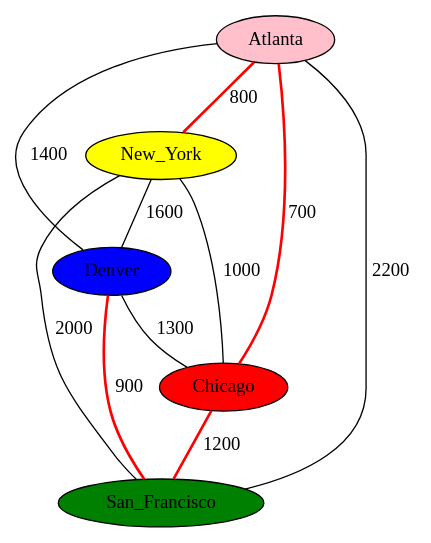
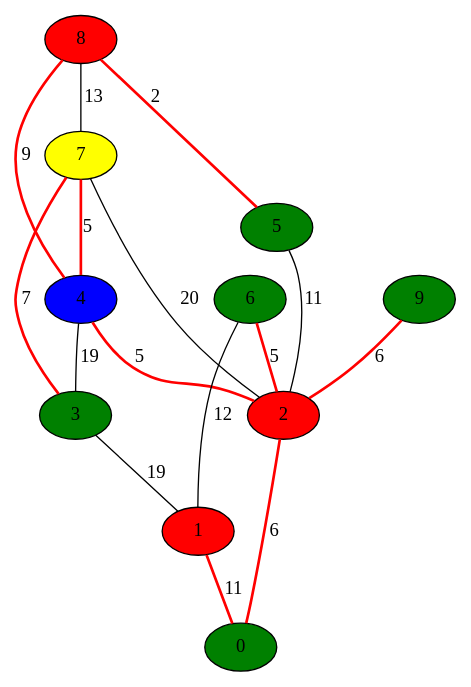
One commit to quanganhquanganh/Discrete-Maths-Graph-Library changed the diagram in files/prim.dot. Above: the diagram before and after it, drawn with Graphviz. The commit also changed 23 other files, not shown here.

```diff
--- a/files/prim.dot
+++ b/files/prim.dot
@@ -1,17 +1,27 @@
 digraph G {
-San_Francisco [fillcolor=green, style=filled];
-Chicago [fillcolor=red, style=filled];
-Chicago -> San_Francisco [dir=none] [label = 1200][style =bold] [color =red ];
-Denver [fillcolor=blue, style=filled];
-Denver -> San_Francisco [dir=none] [label = 900][style =bold] [color =red ];
-Denver -> Chicago [dir=none] [label = 1300];
-New_York [fillcolor=yellow, style=filled];
-New_York -> San_Francisco [dir=none] [label = 2000];
-New_York -> Chicago [dir=none] [label = 1000];
-New_York -> Denver [dir=none] [label = 1600];
-Atlanta [fillcolor=pink, style=filled];
-Atlanta -> San_Francisco [dir=none] [label = 2200];
-Atlanta -> Chicago [dir=none] [label = 700][style =bold] [color =red ];
-Atlanta -> Denver [dir=none] [label = 1400];
-Atlanta -> New_York [dir=none] [label = 800][style =bold] [color =red ];
+0 [fillcolor=green, style=filled];
+1 [fillcolor=red, style=filled];
+1 -> 0 [dir=none] [label = 11][style =bold] [color =red ];
+2 [fillcolor=red, style=filled];
+2 -> 0 [dir=none] [label = 6][style =bold] [color =red ];
+3 [fillcolor=green, style=filled];
+3 -> 1 [dir=none] [label = 19];
+4 [fillcolor=blue, style=filled];
+4 -> 2 [dir=none] [label = 5][style =bold] [color =red ];
+4 -> 3 [dir=none] [label = 19];
+5 [fillcolor=green, style=filled];
+5 -> 2 [dir=none] [label = 11];
+6 [fillcolor=green, style=filled];
+6 -> 1 [dir=none] [label = 12];
+6 -> 2 [dir=none] [label = 5][style =bold] [color =red ];
+7 [fillcolor=yellow, style=filled];
+7 -> 2 [dir=none] [label = 20];
+7 -> 3 [dir=none] [label = 7][style =bold] [color =red ];
+7 -> 4 [dir=none] [label = 5][style =bold] [color =red ];
+8 [fillcolor=red, style=filled];
+8 -> 4 [dir=none] [label = 9][style =bold] [color =red ];
+8 -> 5 [dir=none] [label = 2][style =bold] [color =red ];
+8 -> 7 [dir=none] [label = 13];
+9 [fillcolor=green, style=filled];
+9 -> 2 [dir=none] [label = 6][style =bold] [color =red ];
 }
```
